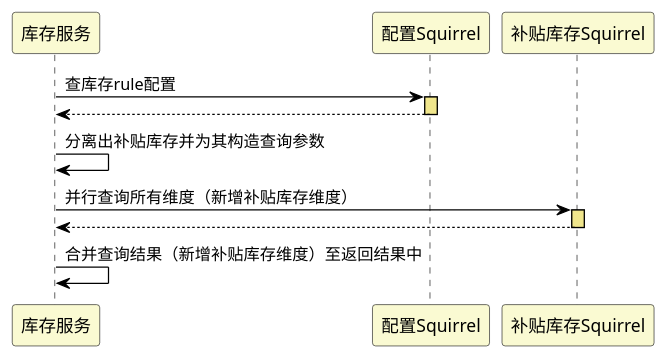
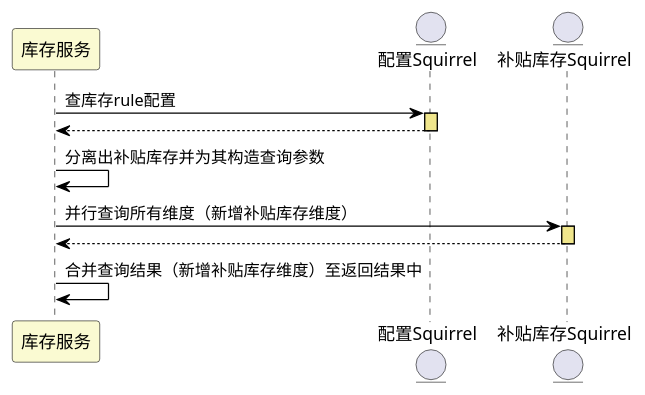
One commit to zhangbotong/mt-plantuml changed the diagram in src/coupon/quota/subsidyQuery.puml. Above: the diagram before and after it, drawn with PlantUML. The commit also changed 17 other files, not shown here.

```diff
--- a/src/coupon/quota/subsidyQuery.puml
+++ b/src/coupon/quota/subsidyQuery.puml
@@ -1,28 +1,28 @@
 @startuml
 skinparam sequence {
 ArrowColor black
 LifeLineBorderColor black
 LifeLineBackgroundColor khaki
 ParticipantBackgroundColor lightgoldenrodyellow
 }
 
 
 participant 库存服务
-participant 配置Squirrel
-participant 补贴库存Squirrel
+entity 配置Squirrel
+entity 补贴库存Squirrel
 
 库存服务 -> 配置Squirrel : 查库存rule配置
 activate 配置Squirrel
 配置Squirrel --> 库存服务
 deactivate 配置Squirrel
 
 库存服务 -> 库存服务 : 分离出补贴库存并为其构造查询参数
 
 库存服务 -> 补贴库存Squirrel : 并行查询所有维度（新增补贴库存维度）
 activate 补贴库存Squirrel
 补贴库存Squirrel --> 库存服务
 deactivate 补贴库存Squirrel
 
 库存服务 -> 库存服务 : 合并查询结果（新增补贴库存维度）至返回结果中
 
 @enduml
```
